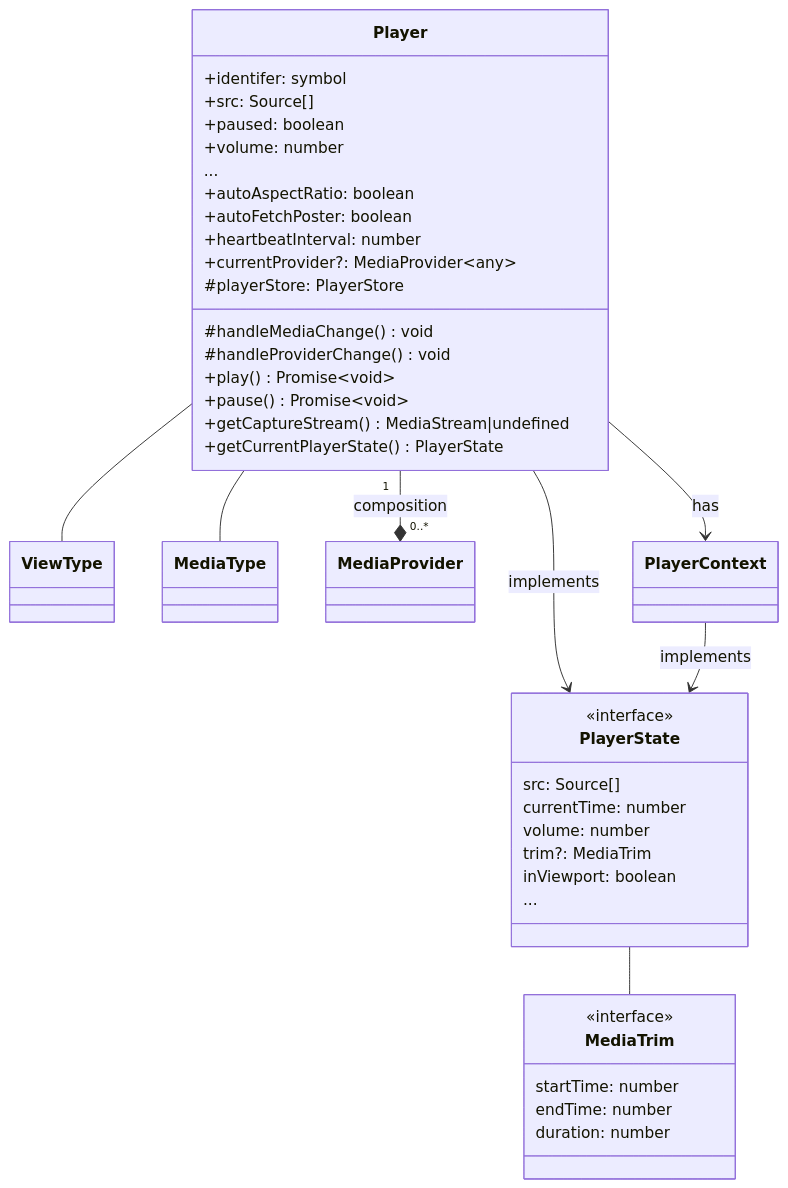
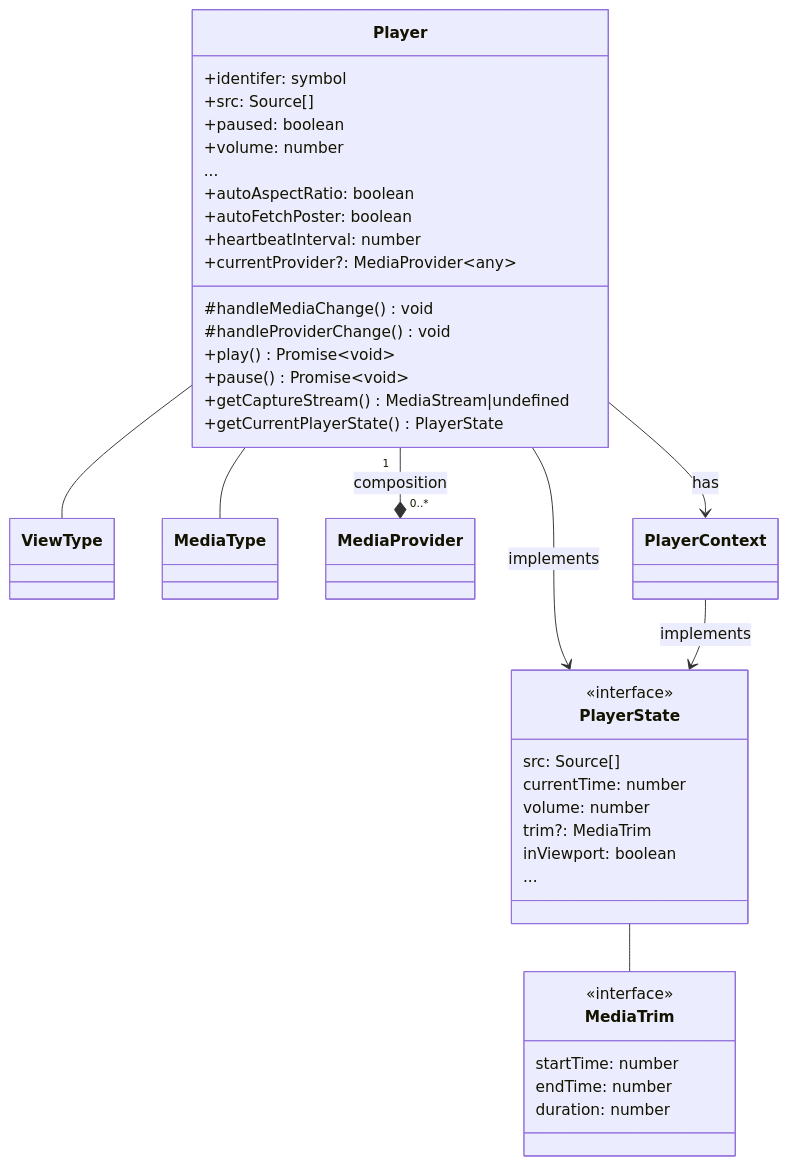
Before and after one commit to vidstack/player: the diagram in docs/architecture/designs/player.mmd, drawn with Mermaid. The commit also changed 1 other file, not shown here.

Commit message:
docs(architecture): remove player store from player class diagram

```diff
--- a/docs/architecture/designs/player.mmd
+++ b/docs/architecture/designs/player.mmd
@@ -1,50 +1,49 @@
 classDiagram
 
 class Player {
     +identifer: symbol
     +src: Source[]
     +paused: boolean
     +volume: number
     ...
     +autoAspectRatio: boolean
     +autoFetchPoster: boolean
     +heartbeatInterval: number
     +currentProvider?: MediaProvider~any~
-    #playerStore: PlayerStore
 
     #handleMediaChange() void
     #handleProviderChange() void
     +play() Promise~void~ 
     +pause() Promise~void~ 
     +getCaptureStream() MediaStream|undefined
     +getCurrentPlayerState() PlayerState
 }
 
 Player -- ViewType
 Player -- MediaType
 Player "1" --* "0..*" MediaProvider: composition
 
 class PlayerContext
 Player --> PlayerContext: has
 
 class PlayerState {
     <<interface>>
     src: Source[]
     currentTime: number
     volume: number
     trim?: MediaTrim
     inViewport: boolean
     ...
 }
 
 Player --> PlayerState: implements
 PlayerContext --> PlayerState: implements
 
 class MediaTrim {
     <<interface>>
     startTime: number
     endTime: number
     duration: number
 }
 
 PlayerState -- MediaTrim
```
